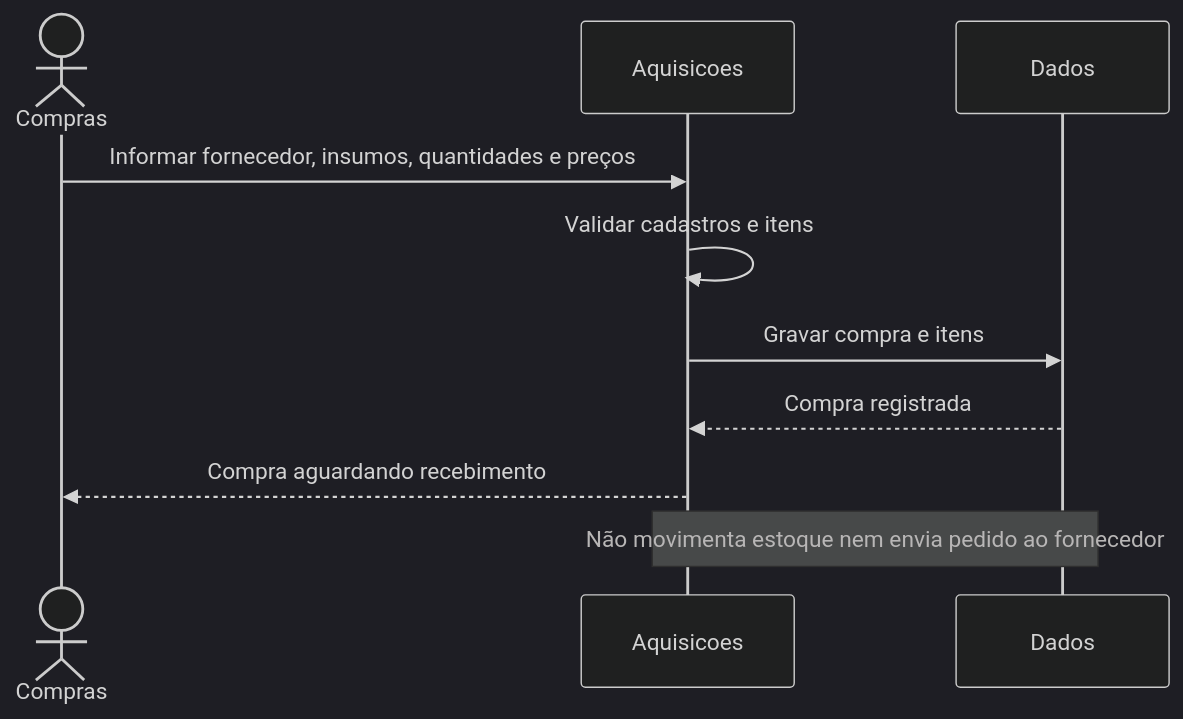
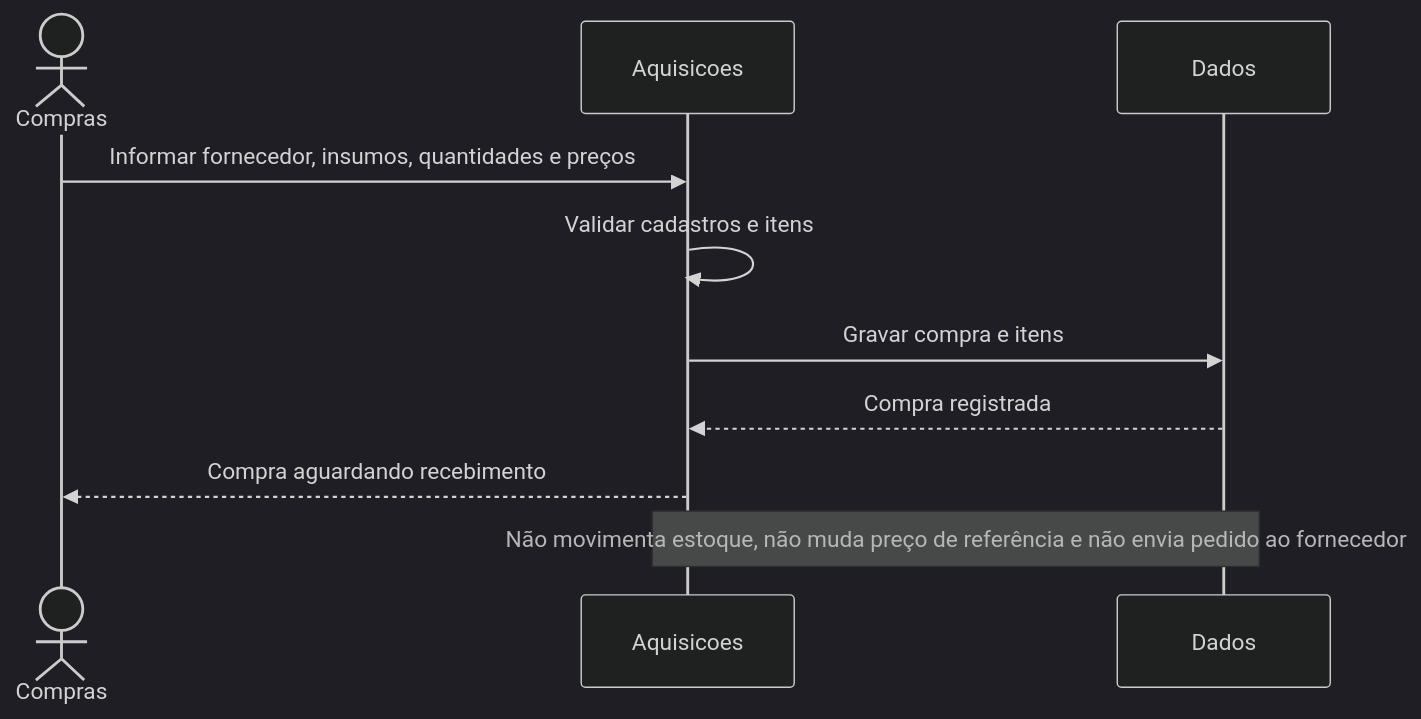
One commit to edumoreira7/TCC---Gestao-Integrada changed the second of 7 diagrams in docs/03-modelagem/sequencia/README.md. Above: the diagram before and after it, drawn with Mermaid (dark theme). The commit also changed other lines of this file and 74 other files, not shown here.

````diff
--- a/docs/03-modelagem/sequencia/README.md
+++ b/docs/03-modelagem/sequencia/README.md
@@ -34,12 +36,12 @@
 ```mermaid
 sequenceDiagram
     actor Compras
     participant Aquisicoes
     participant Dados
     Compras->>Aquisicoes: Informar fornecedor, insumos, quantidades e preços
     Aquisicoes->>Aquisicoes: Validar cadastros e itens
     Aquisicoes->>Dados: Gravar compra e itens
     Dados-->>Aquisicoes: Compra registrada
     Aquisicoes-->>Compras: Compra aguardando recebimento
-    Note over Aquisicoes,Dados: Não movimenta estoque nem envia pedido ao fornecedor
+    Note over Aquisicoes,Dados: Não movimenta estoque, não muda preço de referência e não envia pedido ao fornecedor
 ```
````
